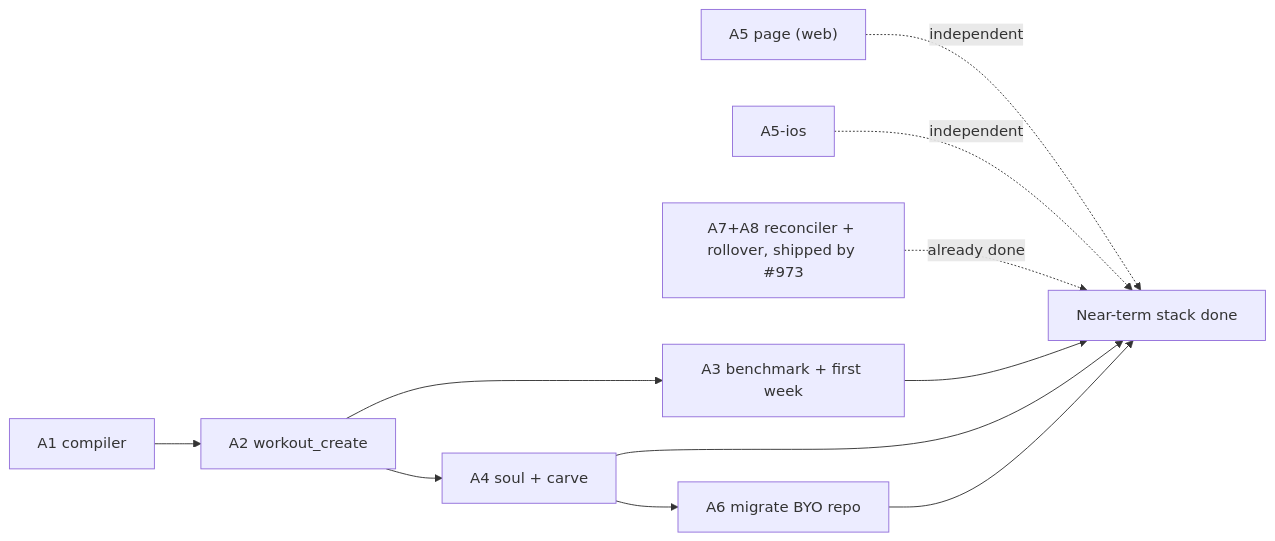
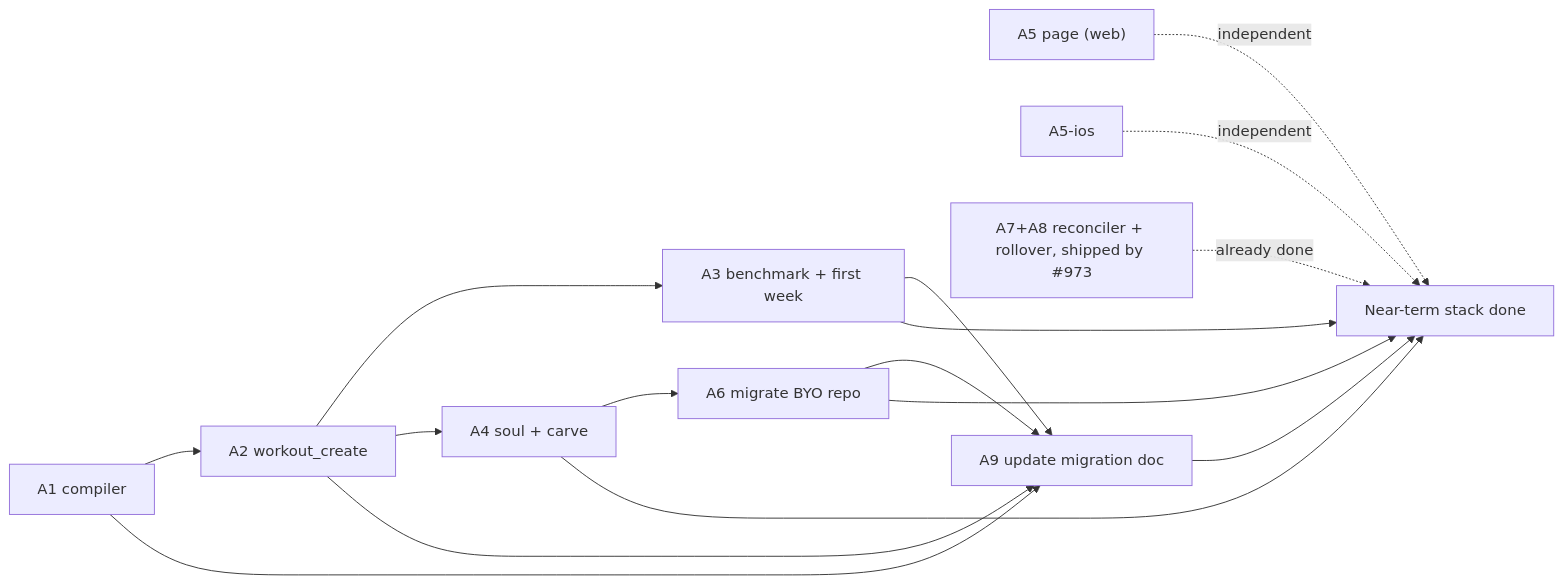
One commit to sibling-shipyard/coach-hq changed the diagram in docs/plans/workouts-redesign-lld.md. Above: the diagram before and after it, drawn with Mermaid. The commit also changed other lines of this file and 1 other file, not shown here.

First line of the commit message:
docs: close #732/#733/#734, start A1/A5/A5-ios fresh, add A9 migration-doc step (#727) (#982)

````diff
--- a/docs/plans/workouts-redesign-lld.md
+++ b/docs/plans/workouts-redesign-lld.md
@@ -52,13 +52,18 @@
 ```mermaid
 flowchart LR
   A5["A5 page (web)"] -.->|independent| done["Near-term stack done"]
   A5ios["A5-ios"] -.->|independent| done
   A1["A1 compiler"] --> A2["A2 workout_create"]
   A2 --> A3["A3 benchmark + first week"]
   A2 --> A4["A4 soul + carve"]
   A4 --> A6["A6 migrate BYO repo"]
   A73["A7+A8 reconciler + rollover, shipped by #973"] -.->|already done| done
+  A1 --> A9["A9 update migration doc"]
+  A2 --> A9
+  A3 --> A9
+  A6 --> A9
   A3 --> done
   A4 --> done
   A6 --> done
+  A9 --> done
 ```
````
